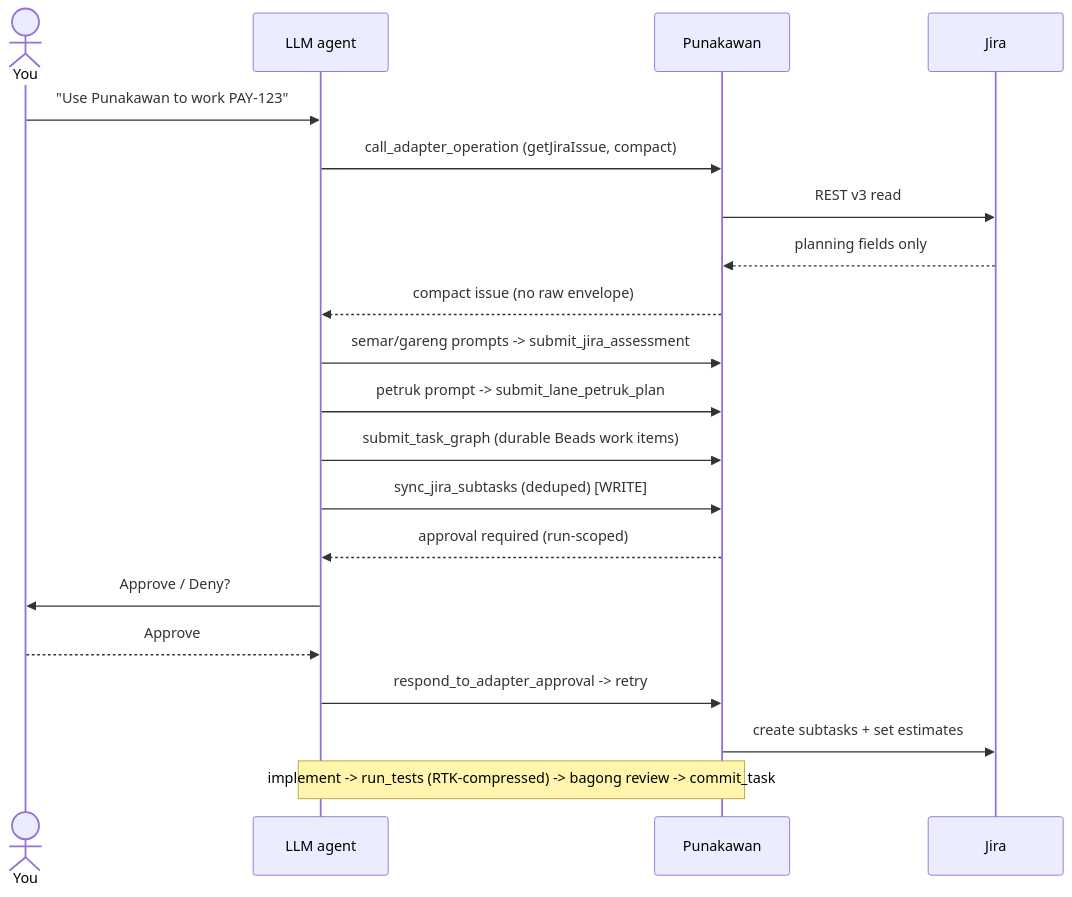
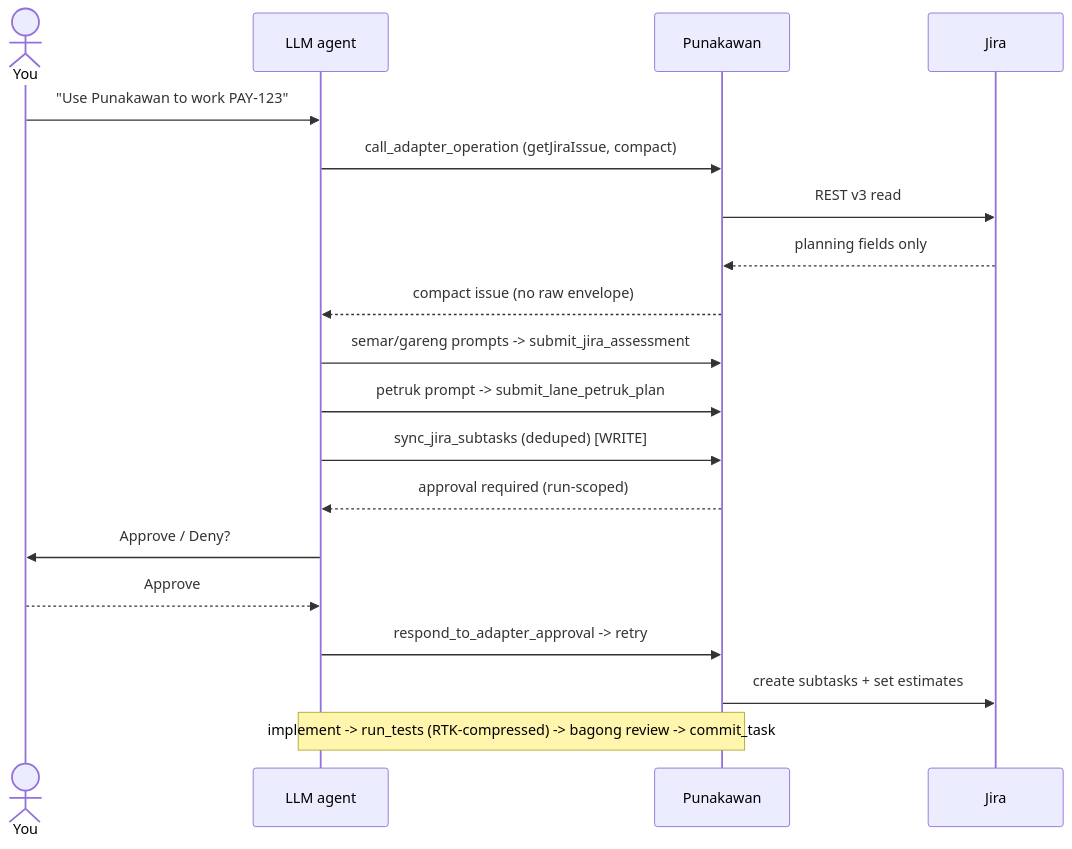
Before and after one commit to gdncomm-yunaz-ramadhan/punakawan: the second of 2 diagrams in README.md, drawn with Mermaid. The commit also changed other lines of this file and 35 other files, not shown here.

````diff
--- a/README.md
+++ b/README.md
@@ -124,23 +122,22 @@
 ```mermaid
 sequenceDiagram
   actor U as You
   participant A as LLM agent
   participant P as Punakawan
   participant J as Jira
 
   U->>A: "Use Punakawan to work PAY-123"
   A->>P: call_adapter_operation (getJiraIssue, compact)
   P->>J: REST v3 read
   J-->>P: planning fields only
   P-->>A: compact issue (no raw envelope)
   A->>P: semar/gareng prompts -> submit_jira_assessment
   A->>P: petruk prompt -> submit_lane_petruk_plan
-  A->>P: submit_task_graph (durable Beads work items)
   A->>P: sync_jira_subtasks (deduped) [WRITE]
   P-->>A: approval required (run-scoped)
   A->>U: Approve / Deny?
   U-->>A: Approve
   A->>P: respond_to_adapter_approval -> retry
   P->>J: create subtasks + set estimates
   Note over A,P: implement -> run_tests (RTK-compressed) -> bagong review -> commit_task
 ```
````
